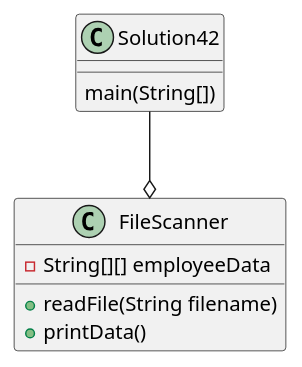
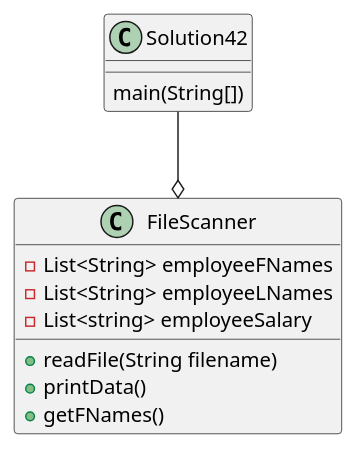
The diagram in exercise42/docs/Solution42Structure.puml (jad714/davis-a04), drawn with PlantUML before and after one commit. The commit also changed 11 other files, not shown here.

```diff
--- a/exercise42/docs/Solution42Structure.puml
+++ b/exercise42/docs/Solution42Structure.puml
@@ -6,17 +6,21 @@
 @startuml
 'https://plantuml.com/sequence-diagram
 
 Class Solution42{
     main(String[])
     ' FileScanner fs = new FileScanner()
     ' fs.readFile
     ' fs.printData
 }
 
 Class FileScanner{
-    -String[][] employeeData
+    -List<String> employeeFNames
+    -List<String> employeeLNames
+    -List<string> employeeSalary
+
     +readFile(String filename)
     +printData()
+    +getFNames()
 }
 Solution42 --o FileScanner
 @enduml
```
